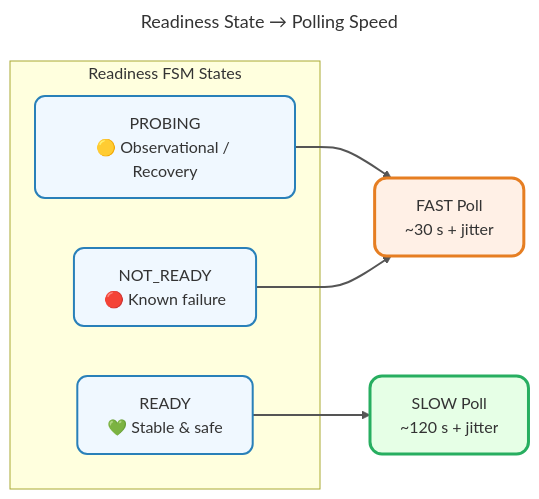
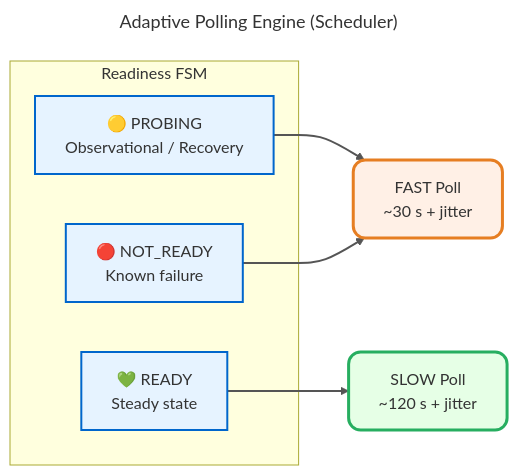
One commit to bkaewell/cloudflare-verified-ddns changed the third of 3 diagrams in docs/CONTROL_LOOP.md. Above: the diagram before and after it, drawn with Mermaid. The commit also changed other lines of this file, not shown here.

````diff
--- a/docs/CONTROL_LOOP.md
+++ b/docs/CONTROL_LOOP.md
@@ -103,31 +98,30 @@
 ```mermaid
 ---
-title: Readiness State → Polling Speed
+title: Adaptive Polling Engine (Scheduler)
 config:
-  look: classic
-  theme: default
+   look: classic
+   theme: 'default'
 ---
 graph LR
-    subgraph "Readiness FSM States"
-        PROBING[PROBING<br>🟡 Observational / Recovery]
-        NOT_READY[NOT_READY<br>🔴 Known failure]
-        READY[READY<br>💚 Stable & safe]
+    subgraph "Readiness FSM"
+        PROBING[🟡 PROBING<br>Observational / Recovery]
+        NOT_READY[🔴 NOT_READY<br>Known failure]
+        READY[💚 READY<br> Steady state]
     end
 
     PROBING --> FAST_POLL["FAST Poll<br>~30 s + jitter"]
     NOT_READY --> FAST_POLL
 
     READY --> SLOW_POLL["SLOW Poll<br>~120 s + jitter"]
 
     %% Styling to emphasize impact
     classDef fast fill:#fff0e6,stroke:#e67e22,stroke-width:3px,rx:12,ry:12
     classDef slow fill:#e6ffe6,stroke:#27ae60,stroke-width:3px,rx:12,ry:12
-    classDef state fill:#f0f8ff,stroke:#2980b9,stroke-width:2px,rx:10,ry:10
+    classDef state fill:#e6f3ff,stroke:#0066cc,stroke-width:2px
 
-    class PROBING,NOT_READY state
-    class READY state
+    class PROBING,NOT_READY,READY state
     class FAST_POLL fast
     class SLOW_POLL slow
 
     linkStyle default stroke:#555,stroke-width:2px
 ```
````
